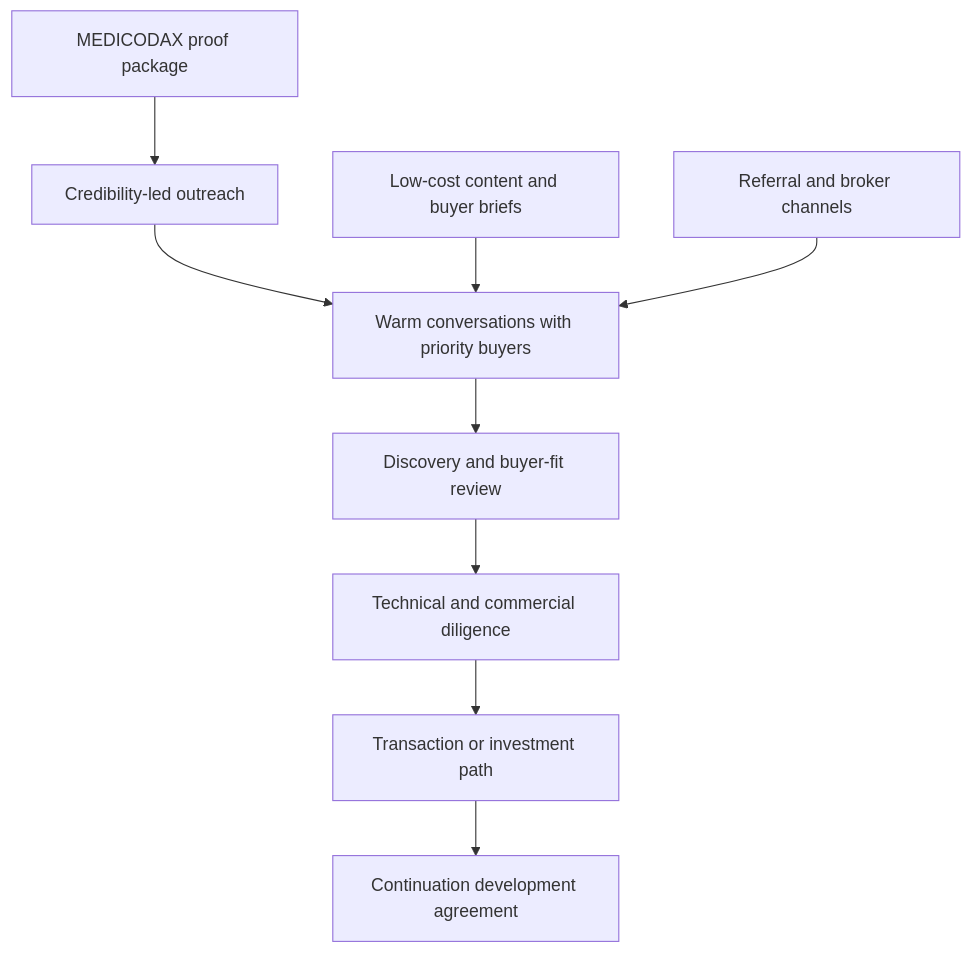
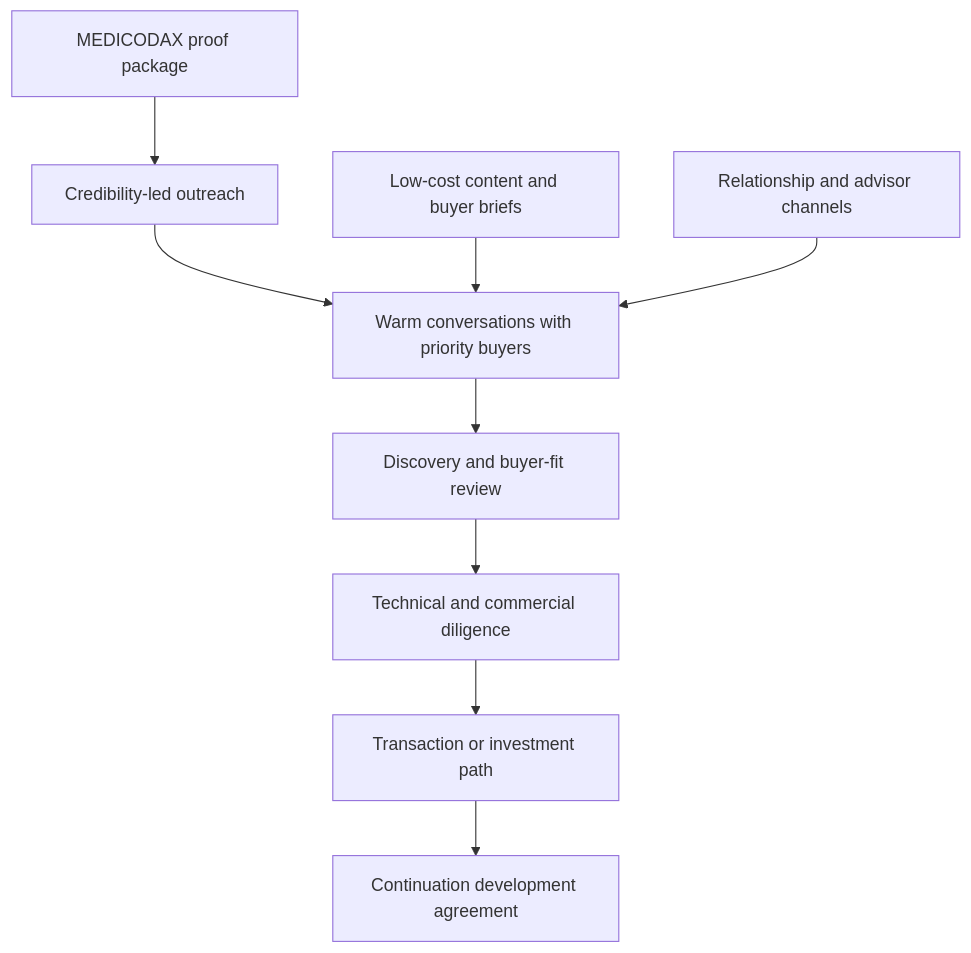
Before and after one commit to LSA-Digital/marketing: the first of 3 diagrams in docs/strategic-plan/medicodax/medicodax-wholesale-marketing-and-sales-briefing.md, drawn with Mermaid. The commit also changed other lines of this file and 27 other files, not shown here.

````diff
--- a/docs/strategic-plan/medicodax/medicodax-wholesale-marketing-and-sales-briefing.md
+++ b/docs/strategic-plan/medicodax/medicodax-wholesale-marketing-and-sales-briefing.md
@@ -15,12 +15,12 @@
 ```mermaid
 flowchart TD
     A[MEDICODAX proof package] --> B[Credibility-led outreach]
     B --> C[Warm conversations with priority buyers]
     C --> D[Discovery and buyer-fit review]
     D --> E[Technical and commercial diligence]
     E --> F[Transaction or investment path]
     F --> G[Continuation development agreement]
 
     H[Low-cost content and buyer briefs] --> C
-    I[Referral and broker channels] --> C
+    I[Relationship and advisor channels] --> C
 ```
````
